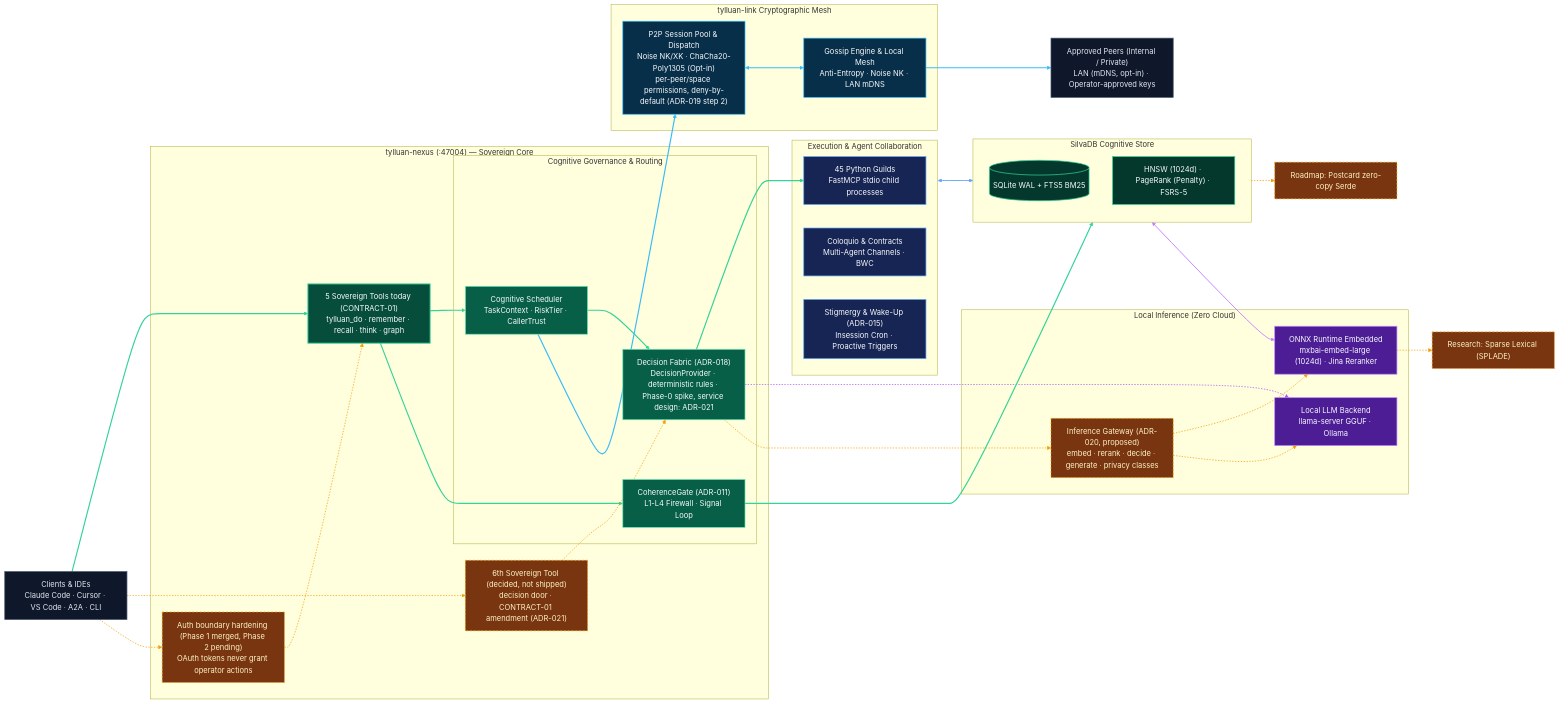
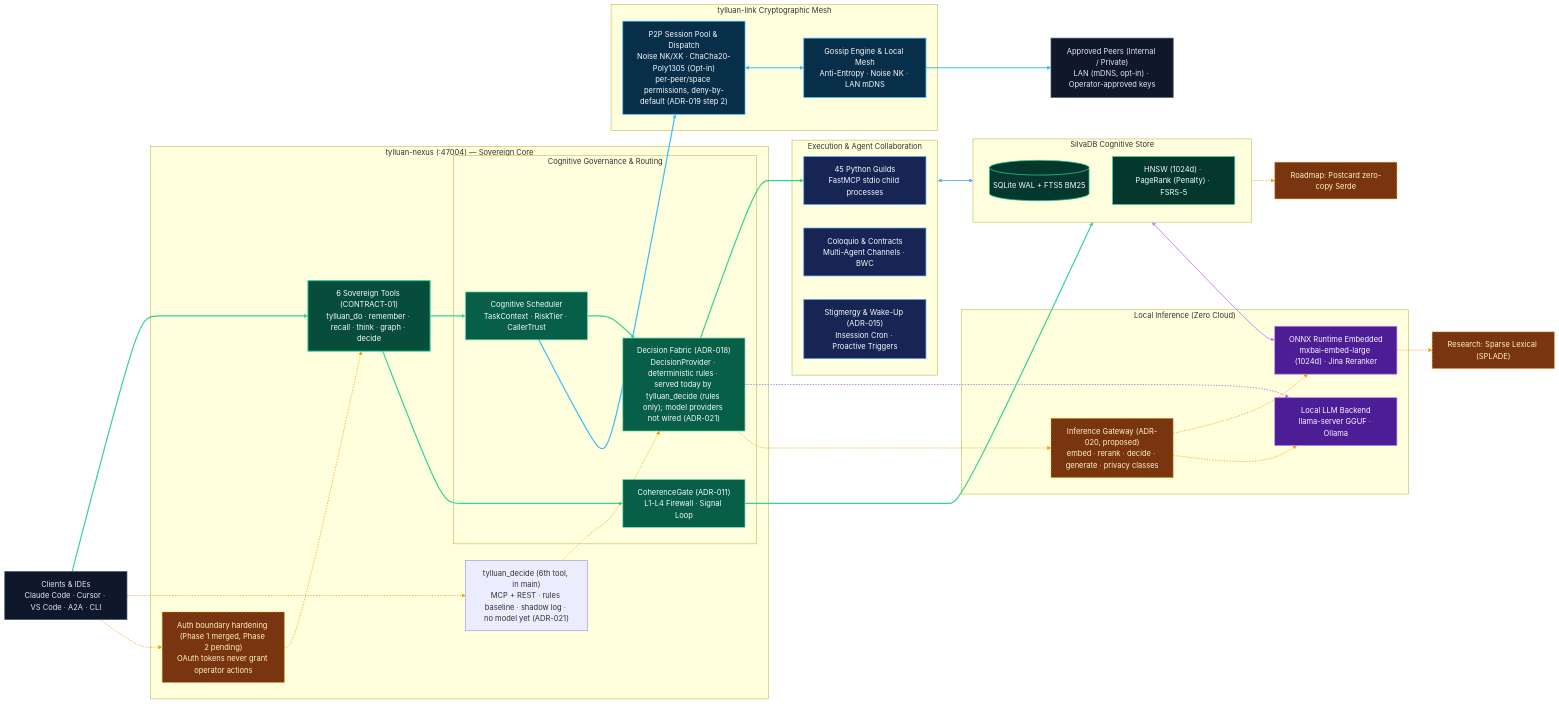
Before and after one commit to Forja-orca/tylluan: the diagram in README.md, drawn with Mermaid. The commit also changed other lines of this file and 34 other files, not shown here.

First line of the commit message:
docs: signal the sixth sovereign tool (tylluan_decide) across code strings, docs and diagrams

```diff
--- a/README.md
+++ b/README.md
@@ -365,13 +366,13 @@
   CLIENTS["Clients & IDEs<br/>Claude Code · Cursor · VS Code · A2A · CLI"]
 
   subgraph SOVEREIGN["tylluan-nexus (:47004) — Sovereign Core"]
-    TOOLS["5 Sovereign Tools today (CONTRACT-01)<br/>tylluan_do · remember · recall · think · graph"]
-    TOOL6["6th Sovereign Tool (decided, not shipped)<br/>decision door · CONTRACT-01 amendment (ADR-021)"]:::future
+    TOOLS["6 Sovereign Tools (CONTRACT-01)<br/>tylluan_do · remember · recall · think · graph · decide"]
+    TOOL6["tylluan_decide (6th tool, in main)<br/>MCP + REST · rules baseline · shadow log · no model yet (ADR-021)"]
     AUTH["Auth boundary hardening (Phase 1 merged, Phase 2 pending)<br/>OAuth tokens never grant operator actions"]:::future
 
     subgraph GOVERN["Cognitive Governance & Routing"]
       SCHED["Cognitive Scheduler<br/>TaskContext · RiskTier · CallerTrust"]
-      DECIDER["Decision Fabric (ADR-018)<br/>DecisionProvider · deterministic rules · Phase-0 spike, service design: ADR-021"]
+      DECIDER["Decision Fabric (ADR-018)<br/>DecisionProvider · deterministic rules · served today by tylluan_decide (rules only); model providers not wired (ADR-021)"]
       CGATE["CoherenceGate (ADR-011)<br/>L1-L4 Firewall · Signal Loop"]
     end
   end
```
